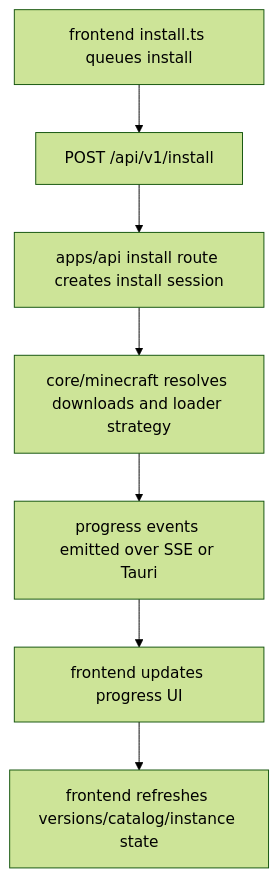
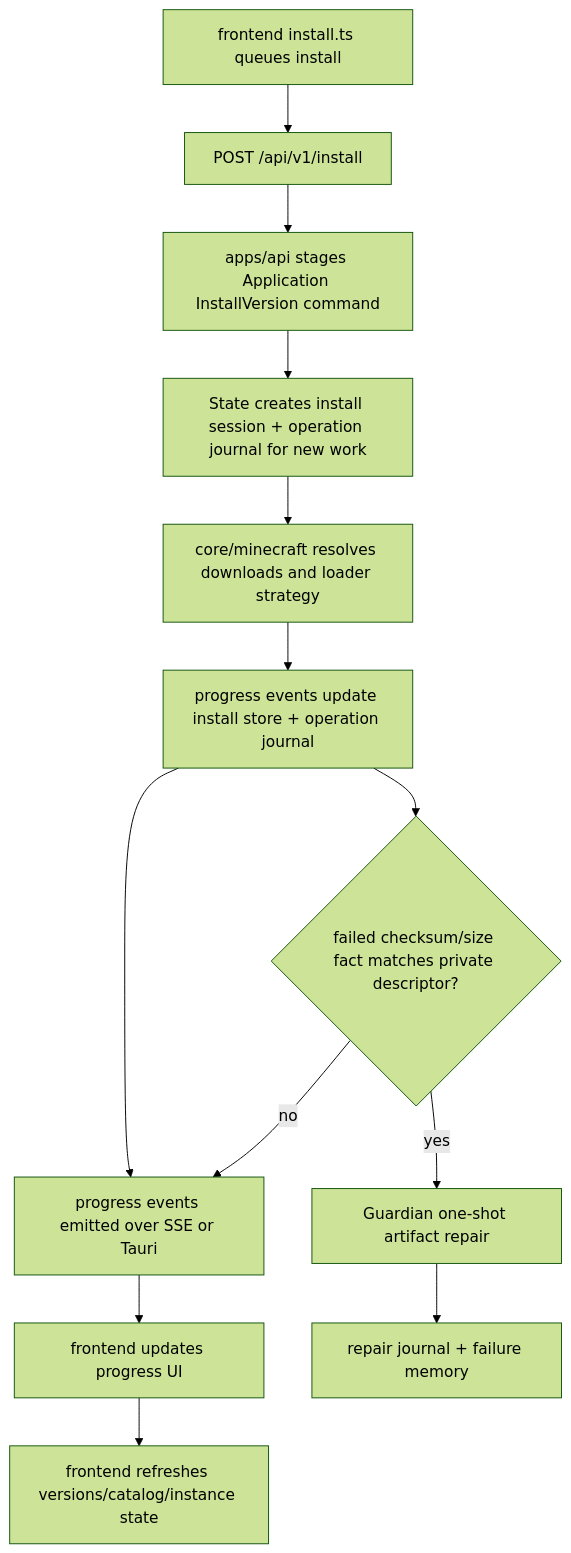
The seventh of 9 diagrams in docs/ARCHITECTURE.md (mateoltd/croopor), drawn with Mermaid (forest theme) before and after one commit. The commit also changed other lines of this file and 77 other files, not shown here.

````diff
--- a/docs/ARCHITECTURE.md
+++ b/docs/ARCHITECTURE.md
@@ -210,9 +235,15 @@
 ```mermaid
 flowchart TD
     A[frontend install.ts queues install] --> B[POST /api/v1/install]
-    B --> C[apps/api install route creates install session]
-    C --> D[core/minecraft resolves downloads and loader strategy]
-    D --> E[progress events emitted over SSE or Tauri]
-    E --> F[frontend updates progress UI]
-    F --> G[frontend refreshes versions/catalog/instance state]
+    B --> C[apps/api stages Application InstallVersion command]
+    C --> D[State creates install session + operation journal for new work]
+    D --> E[core/minecraft resolves downloads and loader strategy]
+    E --> F[progress events update install store + operation journal]
+    F --> G[progress events emitted over SSE or Tauri]
+    G --> H[frontend updates progress UI]
+    H --> I[frontend refreshes versions/catalog/instance state]
+    F --> J{failed checksum/size fact matches private descriptor?}
+    J -->|yes| K[Guardian one-shot artifact repair]
+    J -->|no| G
+    K --> L[repair journal + failure memory]
 ```
````
